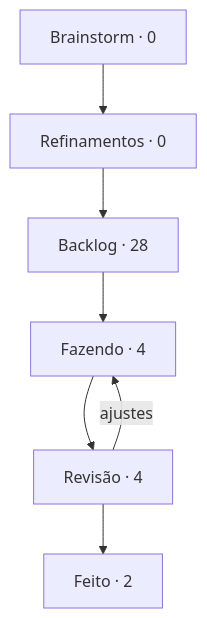
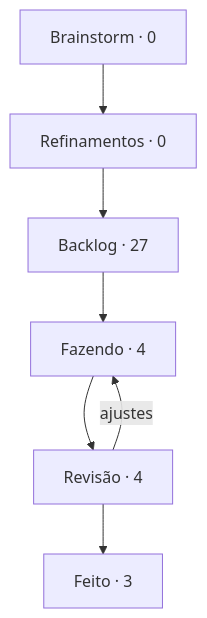
Before and after one commit to StudioVibi/VibiKanban: the diagram in boards/dungeon-bend/BOARD.md, drawn with Mermaid. The commit also changed other lines of this file and 2 other files, not shown here.

````diff
--- a/boards/dungeon-bend/BOARD.md
+++ b/boards/dungeon-bend/BOARD.md
@@ -5,12 +5,12 @@
 ```mermaid
 flowchart TD
   brainstorm["Brainstorm · 0"] --> refinamentos["Refinamentos · 0"]
-  refinamentos --> backlog["Backlog · 28"]
+  refinamentos --> backlog["Backlog · 27"]
   backlog --> doing["Fazendo · 4"]
   doing --> review["Revisão · 4"]
-  review --> done["Feito · 2"]
+  review --> done["Feito · 3"]
   review -->|ajustes| doing
   doing:::blue
   review:::yellow
   done:::green
 ```
````
